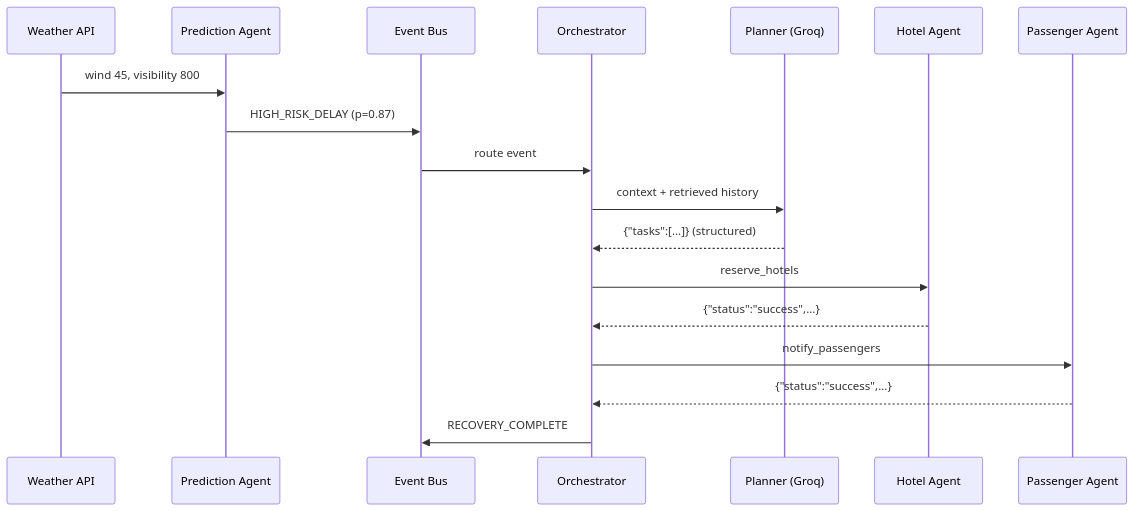
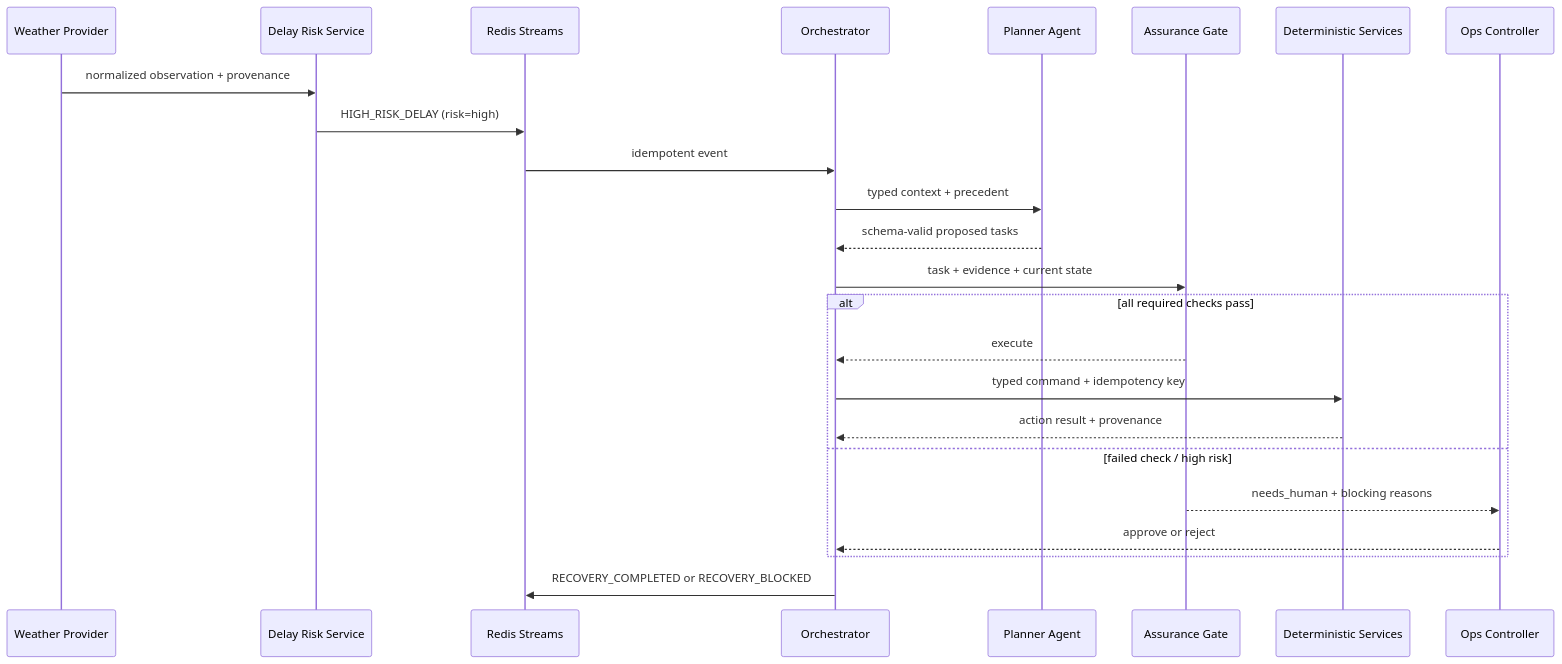
Before and after one commit to harshvardhan8058/travelops: the diagram in docs/02-disruption-flow.md, drawn with Mermaid. The commit also changed other lines of this file and 24 other files, not shown here.

````diff
--- a/docs/02-disruption-flow.md
+++ b/docs/02-disruption-flow.md
@@ -100,21 +104,27 @@
 ```mermaid
 sequenceDiagram
-    participant WX as Weather API
-    participant PRED as Prediction Agent
-    participant BUS as Event Bus
+    participant WX as Weather Provider
+    participant RISK as Delay Risk Service
+    participant BUS as Redis Streams
     participant ORCH as Orchestrator
-    participant PLAN as Planner (Groq)
-    participant HOTEL as Hotel Agent
-    participant PAX as Passenger Agent
+    participant PLAN as Planner Agent
+    participant GATE as Assurance Gate
+    participant SVC as Deterministic Services
+    participant HUMAN as Ops Controller
 
-    WX->>PRED: wind 45, visibility 800
-    PRED->>BUS: HIGH_RISK_DELAY (p=0.87)
-    BUS->>ORCH: route event
-    ORCH->>PLAN: context + retrieved history
-    PLAN-->>ORCH: {"tasks":[...]}  (structured)
-    ORCH->>HOTEL: reserve_hotels
-    HOTEL-->>ORCH: {"status":"success",...}
-    ORCH->>PAX: notify_passengers
-    PAX-->>ORCH: {"status":"success",...}
-    ORCH->>BUS: RECOVERY_COMPLETE
+    WX->>RISK: normalized observation + provenance
+    RISK->>BUS: HIGH_RISK_DELAY (risk=high)
+    BUS->>ORCH: idempotent event
+    ORCH->>PLAN: typed context + precedent
+    PLAN-->>ORCH: schema-valid proposed tasks
+    ORCH->>GATE: task + evidence + current state
+    alt all required checks pass
+        GATE-->>ORCH: execute
+        ORCH->>SVC: typed command + idempotency key
+        SVC-->>ORCH: action result + provenance
+    else failed check / high risk
+        GATE-->>HUMAN: needs_human + blocking reasons
+        HUMAN-->>ORCH: approve or reject
+    end
+    ORCH->>BUS: RECOVERY_COMPLETED or RECOVERY_BLOCKED
 ```
````
